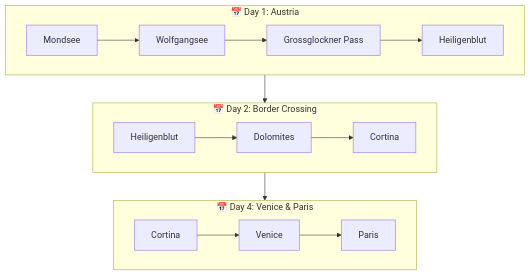
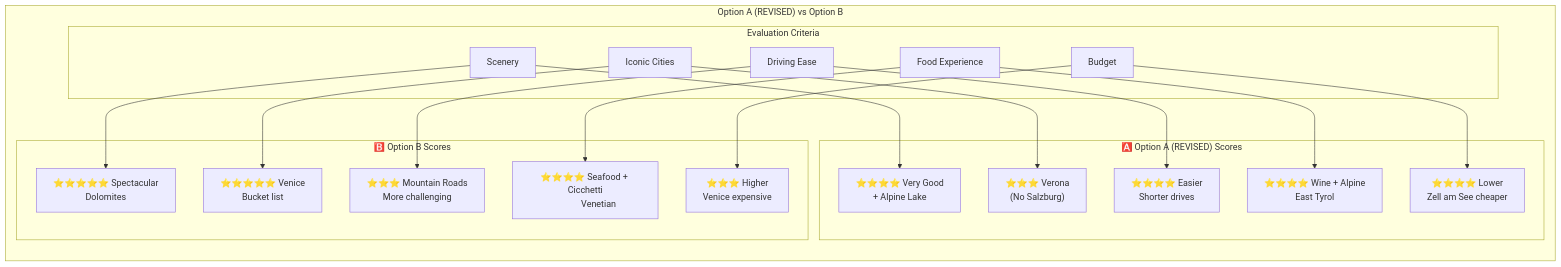
One commit to sagar-clawbot/milan-mondsee-road-trip changed the sixth of 10 diagrams in README.md. Above: the diagram before and after it, drawn with Mermaid. The commit also changed other lines of this file and 7 other files, not shown here.

First line of the commit message:
Update Option A: Remove Salzburg, add Zell am See

````diff
--- a/README.md
+++ b/README.md
@@ -29,20 +222,51 @@
 ```mermaid
 flowchart TB
-    subgraph Day1["📅 Day 1: Austria"]
-        A1["Mondsee"] --> A2["Wolfgangsee"]
-        A2 --> A3["Grossglockner Pass"]
-        A3 --> A4["Heiligenblut"]
+    subgraph Comparison["Option A (REVISED) vs Option B"]
+        direction TB
+
+        subgraph Criteria["Evaluation Criteria"]
+            C1["Scenery"] 
+            C2["Iconic Cities"]
+            C3["Driving Ease"]
+            C4["Food Experience"]
+            C5["Budget"]
+        end
+
+        subgraph OptionA_Scores["🅰️ Option A (REVISED) Scores"]
+            A1["⭐⭐⭐⭐ Very Good
+            + Alpine Lake"]
+            A2["⭐⭐⭐ Verona
+            (No Salzburg)"]
+            A3["⭐⭐⭐⭐ Easier
+            Shorter drives"]
+            A4["⭐⭐⭐⭐ Wine + Alpine
+            East Tyrol"]
+            A5["⭐⭐⭐⭐ Lower
+            Zell am See cheaper"]
+        end
+
+        subgraph OptionB_Scores["🅱️ Option B Scores"]
+            B1["⭐⭐⭐⭐⭐ Spectacular
+            Dolomites"]
+            B2["⭐⭐⭐⭐⭐ Venice
+            Bucket list"]
+            B3["⭐⭐⭐ Mountain Roads
+            More challenging"]
+            B4["⭐⭐⭐⭐ Seafood + Cicchetti
+            Venetian"]
+            B5["⭐⭐⭐ Higher
+            Venice expensive"]
+        end
+
+        C1 --> A1
+        C1 --> B1
+        C2 --> A2
+        C2 --> B2
+        C3 --> A3
+        C3 --> B3
+        C4 --> A4
+        C4 --> B4
+        C5 --> A5
+        C5 --> B5
     end
-    
-    subgraph Day2["📅 Day 2: Border Crossing"]
-        B1["Heiligenblut"] --> B2["Dolomites"]
-        B2 --> B3["Cortina"]
-    end
-    
-    subgraph Day4["📅 Day 4: Venice & Paris"]
-        C1["Cortina"] --> C2["Venice"]
-        C2 --> C3["Paris"]
-    end
-    
-    Day1 --> Day2 --> Day4
 ```
````
